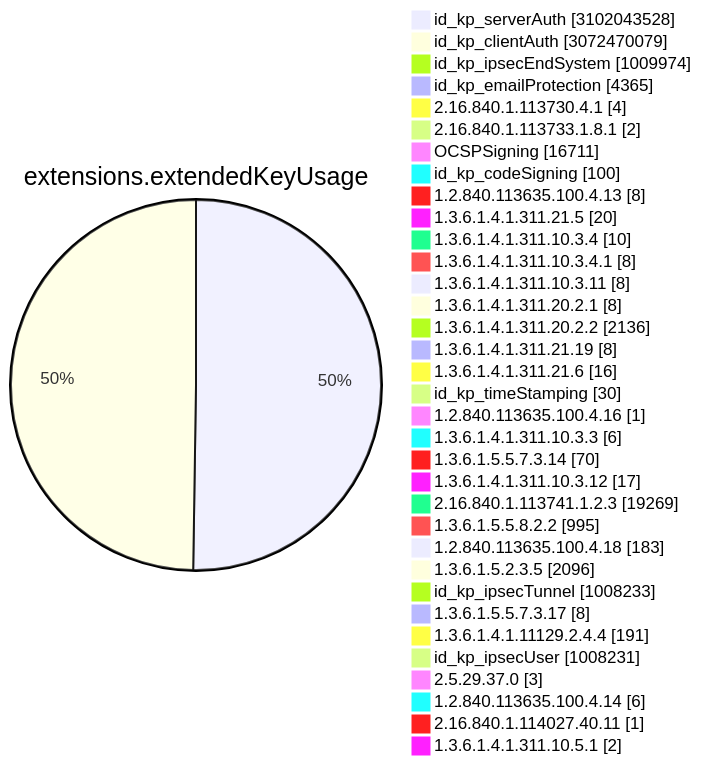
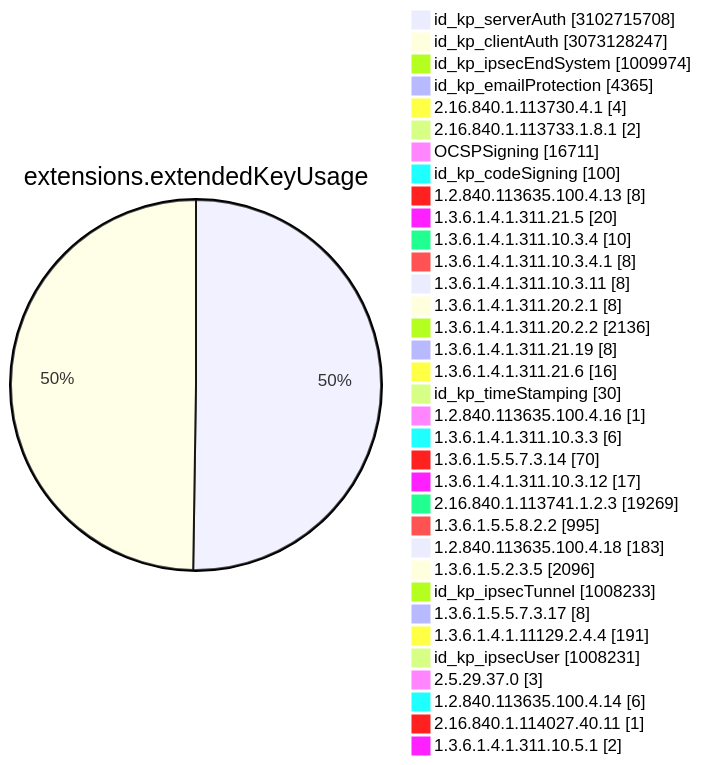
One commit to christiankrug/ctmonitor_visualization changed diagram 11 of 15 in TOTAL/README.md. Above: the diagram before and after it, drawn with Mermaid. The commit also changed other lines of this file, not shown here.

````diff
--- a/TOTAL/README.md
+++ b/TOTAL/README.md
@@ -4117,38 +4117,38 @@
 ```mermaid
 pie showData
 title extensions.extendedKeyUsage
-"id_kp_serverAuth" :3102043528
-"id_kp_clientAuth" :3072470079
+"id_kp_serverAuth" :3102715708
+"id_kp_clientAuth" :3073128247
 "id_kp_ipsecEndSystem" :1009974
 "id_kp_emailProtection" :4365
 "2.16.840.1.113730.4.1" :4
 "2.16.840.1.113733.1.8.1" :2
 "OCSPSigning" :16711
 "id_kp_codeSigning" :100
 "1.2.840.113635.100.4.13" :8
 "1.3.6.1.4.1.311.21.5" :20
 "1.3.6.1.4.1.311.10.3.4" :10
 "1.3.6.1.4.1.311.10.3.4.1" :8
 "1.3.6.1.4.1.311.10.3.11" :8
 "1.3.6.1.4.1.311.20.2.1" :8
 "1.3.6.1.4.1.311.20.2.2" :2136
 "1.3.6.1.4.1.311.21.19" :8
 "1.3.6.1.4.1.311.21.6" :16
 "id_kp_timeStamping" :30
 "1.2.840.113635.100.4.16" :1
 "1.3.6.1.4.1.311.10.3.3" :6
 "1.3.6.1.5.5.7.3.14" :70
 "1.3.6.1.4.1.311.10.3.12" :17
 "2.16.840.1.113741.1.2.3" :19269
 "1.3.6.1.5.5.8.2.2" :995
 "1.2.840.113635.100.4.18" :183
 "1.3.6.1.5.2.3.5" :2096
 "id_kp_ipsecTunnel" :1008233
 "1.3.6.1.5.5.7.3.17" :8
 "1.3.6.1.4.1.11129.2.4.4" :191
 "id_kp_ipsecUser" :1008231
 "2.5.29.37.0" :3
 "1.2.840.113635.100.4.14" :6
 "2.16.840.1.114027.40.11" :1
 "1.3.6.1.4.1.311.10.5.1" :2
 ```
````
